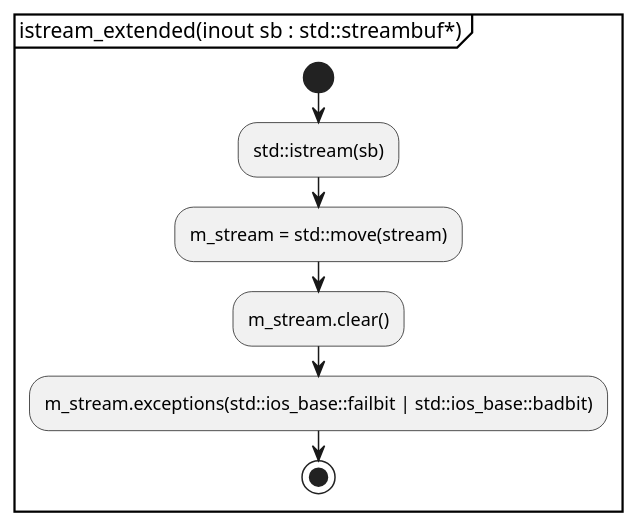
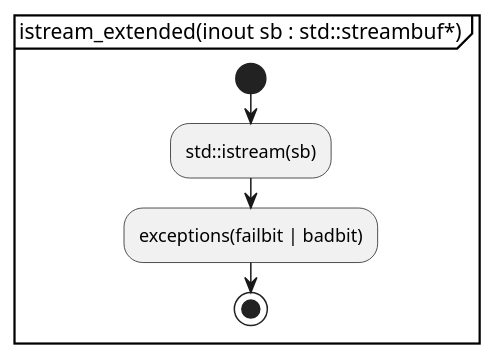
The first of 12 diagrams in document/document_reader/ipdfstream/tokenizer/istream_extended/istream_extended.activity.pu (KodaiYM/PDFReader), drawn with PlantUML before and after one commit. The commit also changed other lines of this file and 38 other files, not shown here.

```diff
--- a/document/document_reader/ipdfstream/tokenizer/istream_extended/istream_extended.activity.pu
+++ b/document/document_reader/ipdfstream/tokenizer/istream_extended/istream_extended.activity.pu
@@ -1,12 +1,9 @@
 @startuml istream_extended
 partition "istream_extended(inout sb : std::streambuf*)" {
 start
 	:std::istream(sb);
 
-	' 以下の処理は、ipdffstream とか ipdfstringstream の責任に変わった
-	:m_stream = std::move(stream);
-	:m_stream.clear();
-	:m_stream.exceptions(std::ios_base::failbit | std::ios_base::badbit);
+	:exceptions(failbit | badbit);
 stop
 }
 @enduml
```
